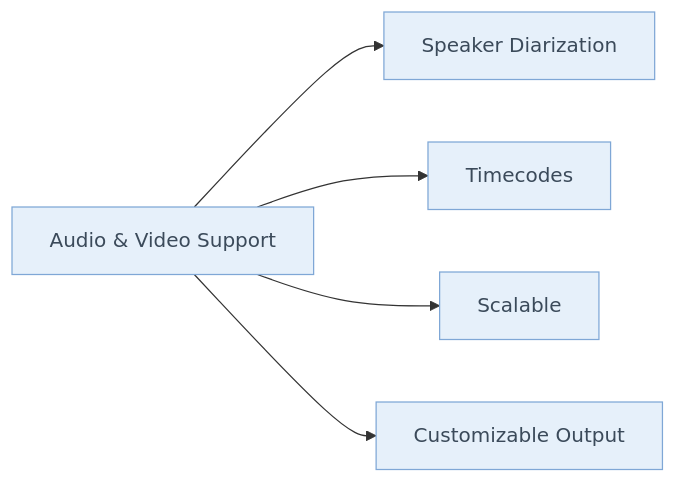
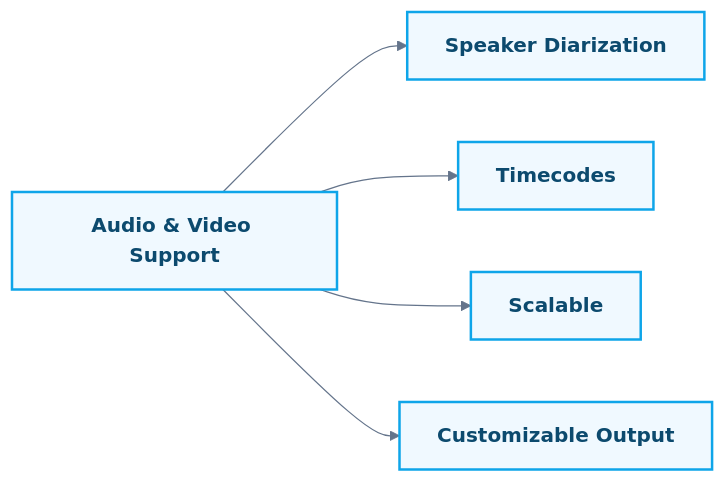
The first of 2 diagrams in 25-video-transcription-with-gemini-2-5.md (raphaelmansuy/tutorials), drawn with Mermaid before and after one commit. The commit also changed other lines of this file, not shown here.

Commit message:
Fix transcription cost details and enhance flowchart styling for clarity and organization in the video transcription tutorial.

````diff
--- a/25-video-transcription-with-gemini-2-5.md
+++ b/25-video-transcription-with-gemini-2-5.md
@@ -70,9 +70,25 @@
 ```mermaid
 flowchart LR
-    A[Audio & Video Support]:::block --> B[Speaker Diarization]:::block
-    A --> C[Timecodes]:::block
-    A --> D[Scalable]:::block
-    A --> E[Customizable Output]:::block
-    classDef block fill:#e6f0fa,stroke:#7fa7d6,color:#3b4a5a;
-%%{init: { 'themeVariables': { 'background': '#f8fafc', 'primaryColor': '#7fa7d6', 'edgeLabelBackground':'#f8fafc', 'nodeTextColor':'#3b4a5a' }}}%%
+    A[Audio & Video Support]:::feature --> B[Speaker Diarization]:::feature
+    A --> C[Timecodes]:::feature
+    A --> D[Scalable]:::feature
+    A --> E[Customizable Output]:::feature
+    
+    classDef feature fill:#f0f9ff,stroke:#0ea5e9,stroke-width:2px,color:#0c4a6e,font-weight:600
+    classDef default color:#475569,stroke:#cbd5e1,stroke-width:1px
+    
+%%{init: { 
+  'themeVariables': { 
+    'background': '#ffffff', 
+    'primaryColor': '#0ea5e9', 
+    'primaryTextColor': '#0c4a6e',
+    'primaryBorderColor': '#0ea5e9',
+    'lineColor': '#64748b',
+    'edgeLabelBackground': '#ffffff',
+    'nodeTextColor': '#0c4a6e',
+    'mainBkg': '#f0f9ff',
+    'secondaryColor': '#e0f2fe',
+    'tertiaryColor': '#bae6fd'
+  }
+}}%%
 ```
````
